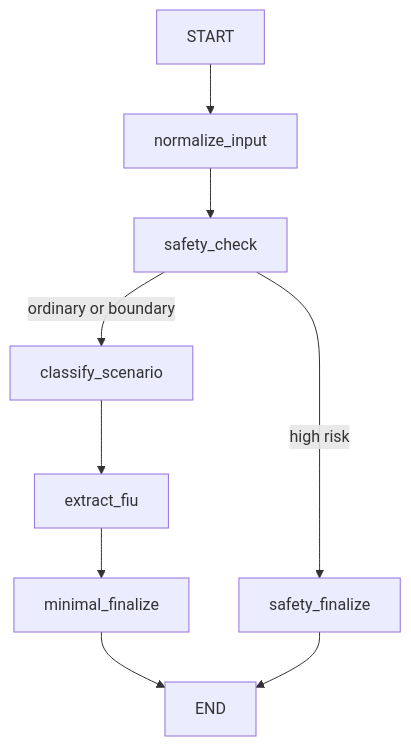
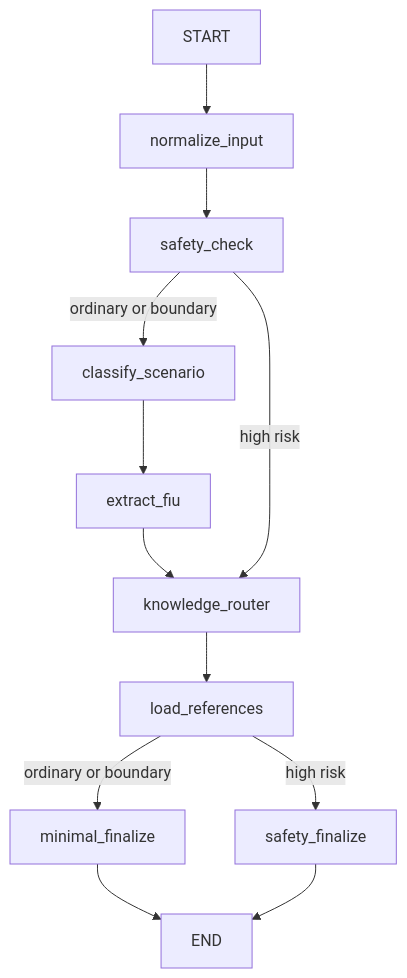
Before and after one commit to Lack666/goutouapp: the diagram in docs/AGENT_RUNTIME.md, drawn with Mermaid. The commit also changed other lines of this file and 20 other files, not shown here.

````diff
--- a/docs/AGENT_RUNTIME.md
+++ b/docs/AGENT_RUNTIME.md
@@ -145,6 +150,9 @@
 ```mermaid
 flowchart TD
   START --> normalize_input --> safety_check
-  safety_check -->|ordinary or boundary| classify_scenario --> extract_fiu --> minimal_finalize --> END
-  safety_check -->|high risk| safety_finalize --> END
+  safety_check -->|ordinary or boundary| classify_scenario --> extract_fiu --> knowledge_router
+  safety_check -->|high risk| knowledge_router
+  knowledge_router --> load_references
+  load_references -->|ordinary or boundary| minimal_finalize --> END
+  load_references -->|high risk| safety_finalize --> END
 ```
````
